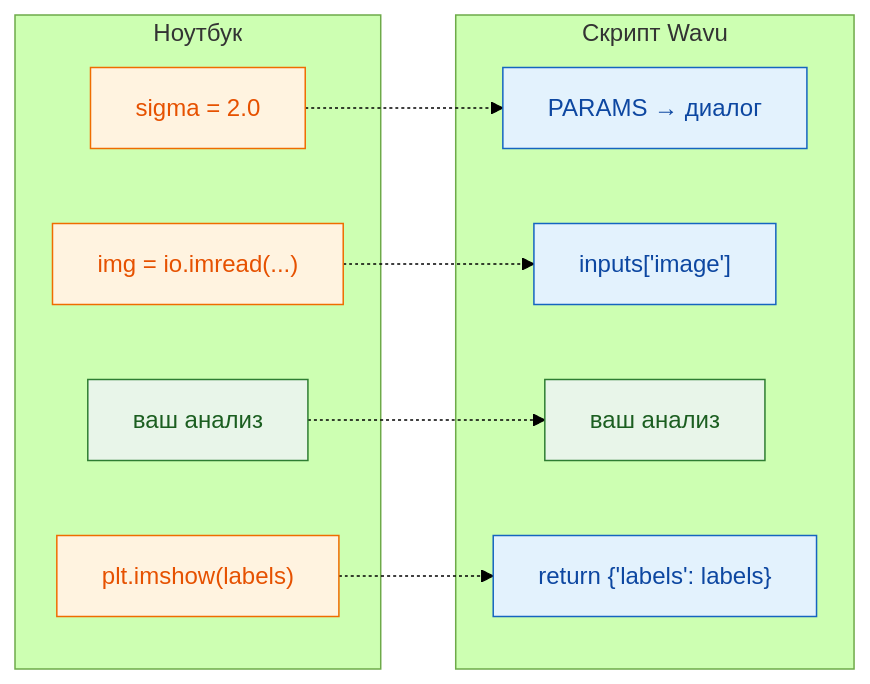
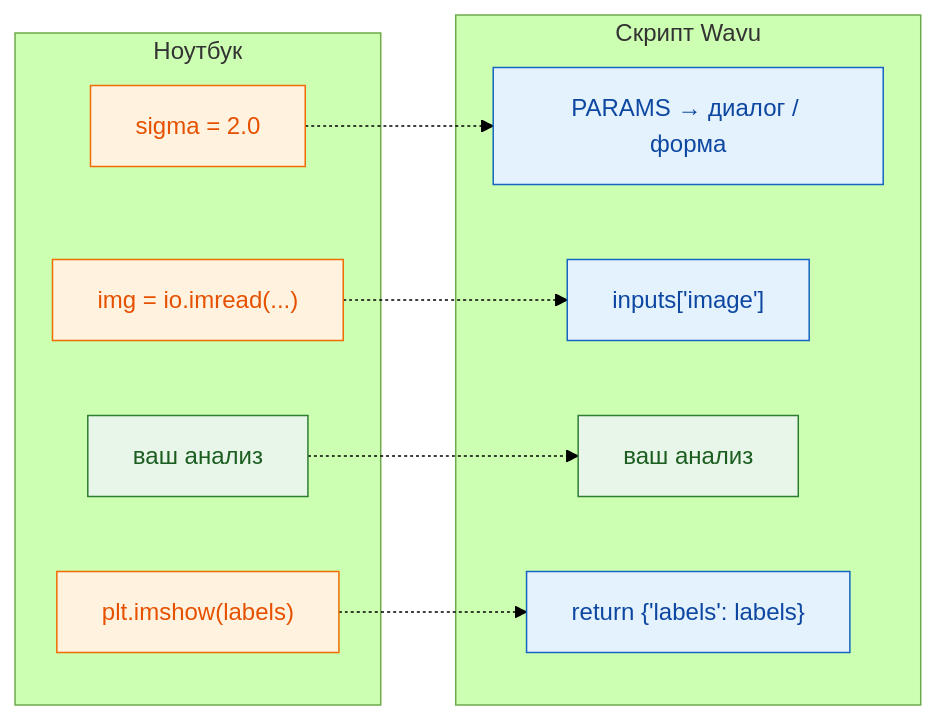
Before and after one commit to Oxford-Zeiss-Centre-of-Excellence/Wavu: the diagram in guide/write/from-notebook.ru.md, drawn with Mermaid (forest theme). The commit also changed other lines of this file and 70 other files, not shown here.

````diff
--- a/guide/write/from-notebook.ru.md
+++ b/guide/write/from-notebook.ru.md
@@ -11,23 +12,23 @@
 ```mermaid
 flowchart LR
     subgraph NB["Ноутбук"]
         A1["sigma = 2.0"]:::script
         A2["img = io.imread(...)"]:::script
         A3["ваш анализ"]:::worker
         A4["plt.imshow(labels)"]:::script
     end
     subgraph WV["Скрипт Wavu"]
-        B1["PARAMS → диалог"]:::fiji
+        B1["PARAMS → диалог / форма"]:::fiji
         B2["inputs['image']"]:::fiji
         B3["ваш анализ"]:::worker
         B4["return {'labels': labels}"]:::fiji
     end
     A1 -.-> B1
     A2 -.-> B2
     A3 -.-> B3
     A4 -.-> B4
 
     classDef fiji   fill:#e3f2fd,stroke:#1565c0,color:#0d47a1
     classDef worker fill:#e8f5e9,stroke:#2e7d32,color:#1b5e20
     classDef script fill:#fff3e0,stroke:#ef6c00,color:#e65100
 ```
````
